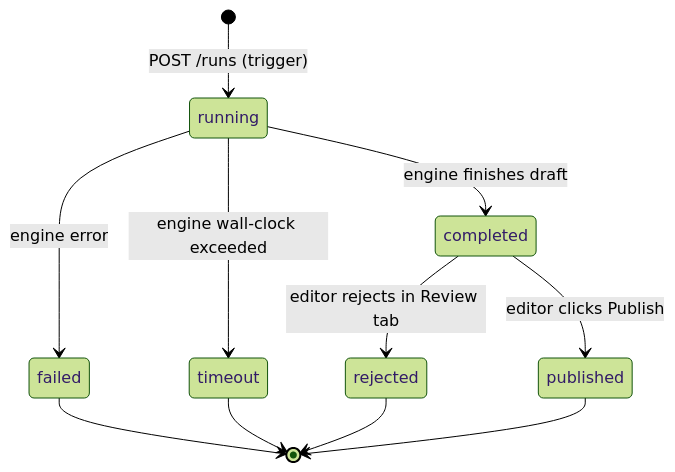
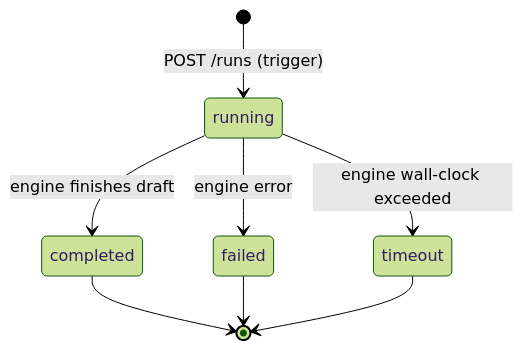
One commit to jchan828-cloud/Project_Tendriv-Admin changed the diagram in docs/diagrams/state-machines/autoblog-runs.md. Above: the diagram before and after it, drawn with Mermaid (forest theme). The commit also changed other lines of this file and 7 other files, not shown here.

````diff
--- a/docs/diagrams/state-machines/autoblog-runs.md
+++ b/docs/diagrams/state-machines/autoblog-runs.md
@@ -25,13 +32,10 @@
 ```mermaid
 stateDiagram-v2
     [*] --> running: POST /runs (trigger)
     running --> completed: engine finishes draft
     running --> failed: engine error
     running --> timeout: engine wall-clock exceeded
-    completed --> published: editor clicks Publish
-    completed --> rejected: editor rejects in Review tab
+    completed --> [*]
     failed --> [*]
     timeout --> [*]
-    rejected --> [*]
-    published --> [*]
 ```
````
